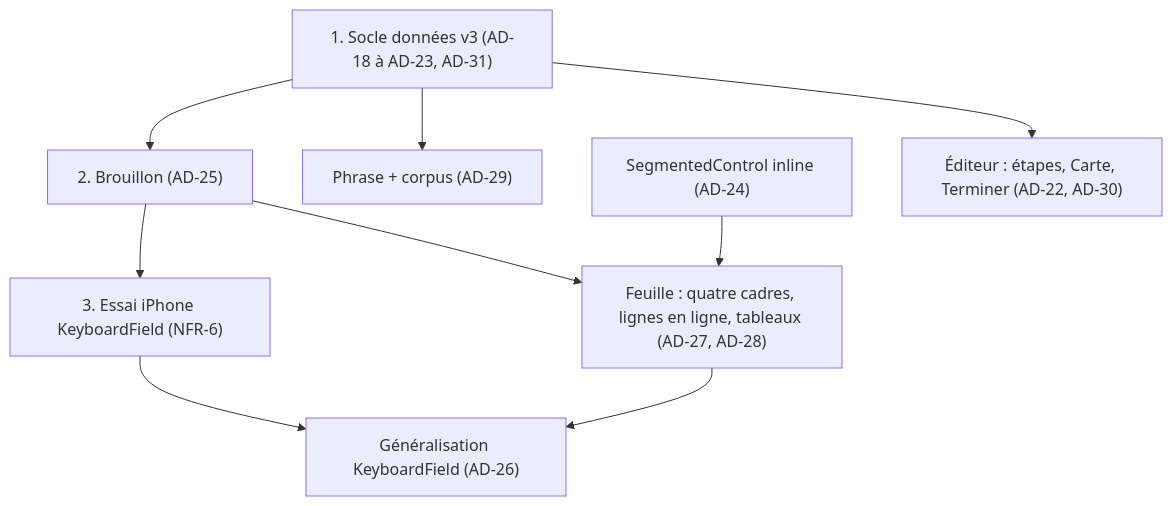
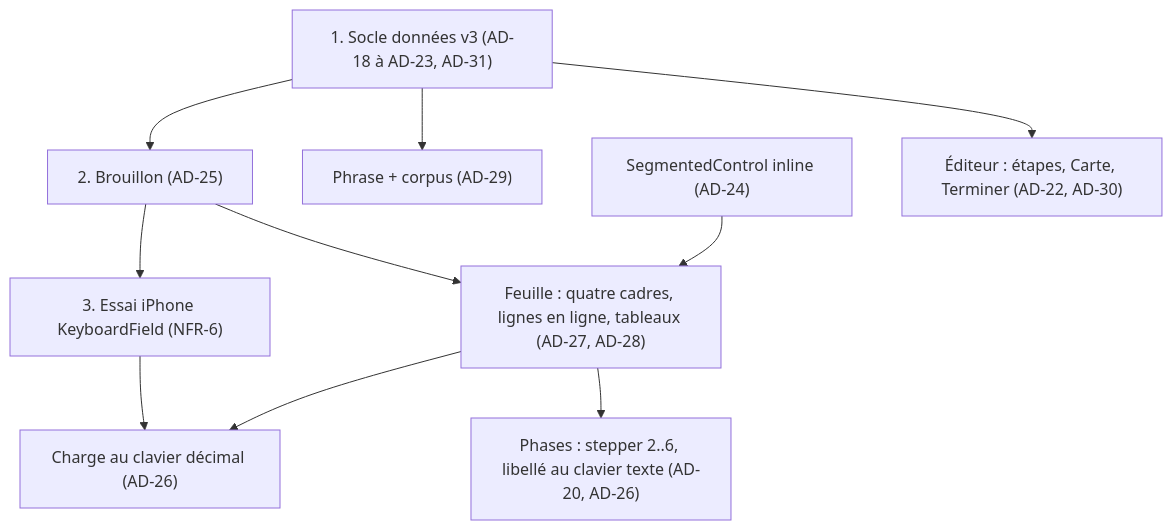
One commit to MyUncried/Application-Routine changed the second of 3 diagrams in _bmad-output/pre5/planning-artifacts/architecture/architecture-kodjo-pre5-2026-10-19/ARCHITECTURE-SPINE.md. Above: the diagram before and after it, drawn with Mermaid. The commit also changed other lines of this file and 11 other files, not shown here.

````diff
--- a/_bmad-output/pre5/planning-artifacts/architecture/architecture-kodjo-pre5-2026-10-19/ARCHITECTURE-SPINE.md
+++ b/_bmad-output/pre5/planning-artifacts/architecture/architecture-kodjo-pre5-2026-10-19/ARCHITECTURE-SPINE.md
@@ -258,11 +264,12 @@
 ```mermaid
 flowchart TB
   Socle["1. Socle données v3 (AD-18 à AD-23, AD-31)"] --> Draft["2. Brouillon (AD-25)"]
   Socle --> Phrase["Phrase + corpus (AD-29)"]
   Draft --> Essai["3. Essai iPhone KeyboardField (NFR-6)"]
   Seg["SegmentedControl inline (AD-24)"] --> Feuille
   Draft --> Feuille["Feuille : quatre cadres, lignes en ligne, tableaux (AD-27, AD-28)"]
-  Essai --> Clavier["Généralisation KeyboardField (AD-26)"]
+  Essai --> Clavier["Charge au clavier décimal (AD-26)"]
   Feuille --> Clavier
+  Feuille --> Phases["Phases : stepper 2..6, libellé au clavier texte (AD-20, AD-26)"]
   Socle --> Editeur["Éditeur : étapes, Carte, Terminer (AD-22, AD-30)"]
 ```
````
